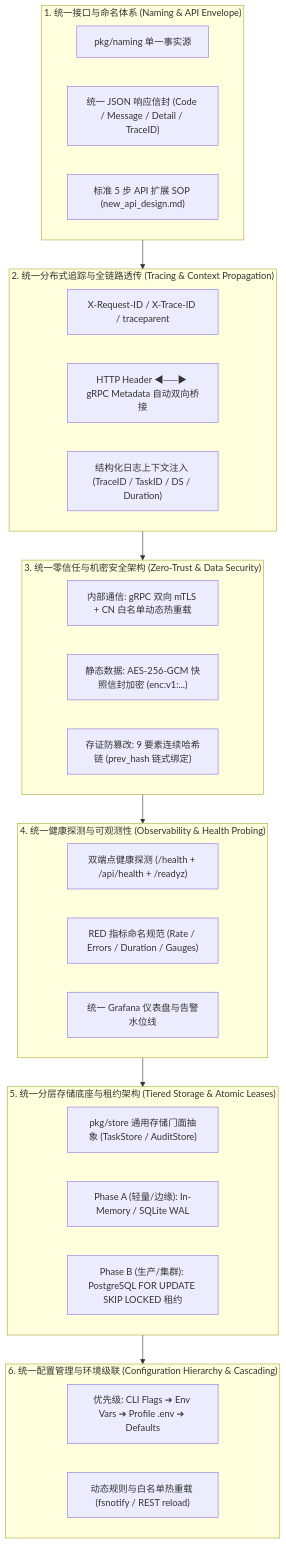
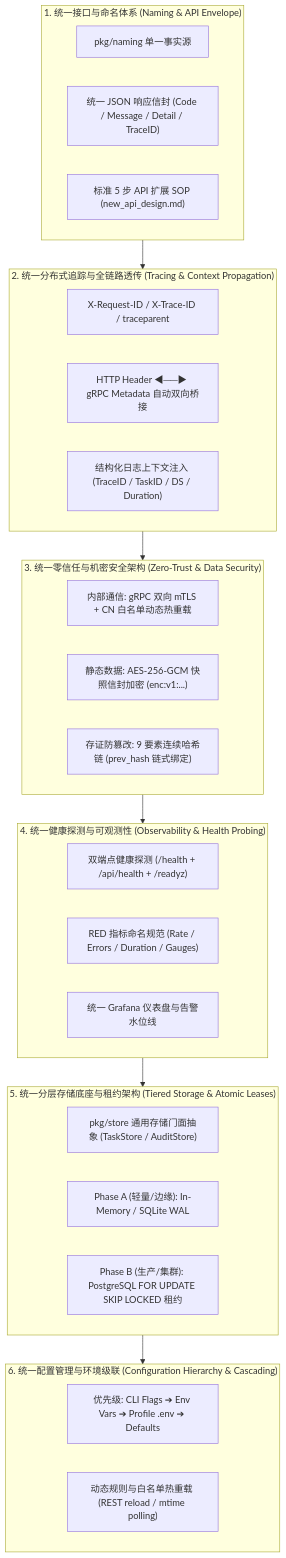
One commit to fengzhizi319/PrivShield changed the first of 2 diagrams in docs/architecture/unified_design_specifications.md. Above: the diagram before and after it, drawn with Mermaid. The commit also changed other lines of this file and 11 other files, not shown here.

````diff
--- a/docs/architecture/unified_design_specifications.md
+++ b/docs/architecture/unified_design_specifications.md
@@ -11,39 +11,39 @@
 ```mermaid
 flowchart TD
     subgraph S1 ["1. 统一接口与命名体系 (Naming & API Envelope)"]
         SSOT["pkg/naming 单一事实源"]
         Envelope["统一 JSON 响应信封 (Code / Message / Detail / TraceID)"]
         NewAPI["标准 5 步 API 扩展 SOP (new_api_design.md)"]
     end
 
     subgraph S2 ["2. 统一分布式追踪与全链路透传 (Tracing & Context Propagation)"]
         TraceID["X-Request-ID / X-Trace-ID / traceparent"]
         Bridge["HTTP Header ◀──▶ gRPC Metadata 自动双向桥接"]
         LogCtx["结构化日志上下文注入 (TraceID / TaskID / DS / Duration)"]
     end
 
     subgraph S3 ["3. 统一零信任与机密安全架构 (Zero-Trust & Data Security)"]
         mTLS["内部通信: gRPC 双向 mTLS + CN 白名单动态热重载"]
         EnvelopeEnc["静态数据: AES-256-GCM 快照信封加密 (enc:v1:...)"]
         HashChain["存证防篡改: 9 要素连续哈希链 (prev_hash 链式绑定)"]
     end
 
     subgraph S4 ["4. 统一健康探测与可观测性 (Observability & Health Probing)"]
         DualProbe["双端点健康探测 (/health + /api/health + /readyz)"]
         PromMetrics["RED 指标命名规范 (Rate / Errors / Duration / Gauges)"]
         GrafanaDash["统一 Grafana 仪表盘与告警水位线"]
     end
 
     subgraph S5 ["5. 统一分层存储底座与租约架构 (Tiered Storage & Atomic Leases)"]
         StoreFacade["pkg/store 通用存储门面抽象 (TaskStore / AuditStore)"]
         PhaseA["Phase A (轻量/边缘): In-Memory / SQLite WAL"]
         PhaseB["Phase B (生产/集群): PostgreSQL FOR UPDATE SKIP LOCKED 租约"]
     end
 
     subgraph S6 ["6. 统一配置管理与环境级联 (Configuration Hierarchy & Cascading)"]
         Hierarchy["优先级: CLI Flags ➔ Env Vars ➔ Profile .env ➔ Defaults"]
-        HotReload["动态规则与白名单热重载 (fsnotify / REST reload)"]
+        HotReload["动态规则与白名单热重载 (REST reload / mtime polling)"]
     end
 
     S1 --> S2 --> S3 --> S4 --> S5 --> S6
 ```
````
